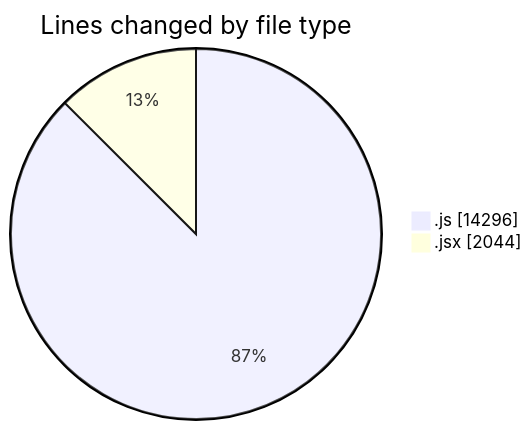
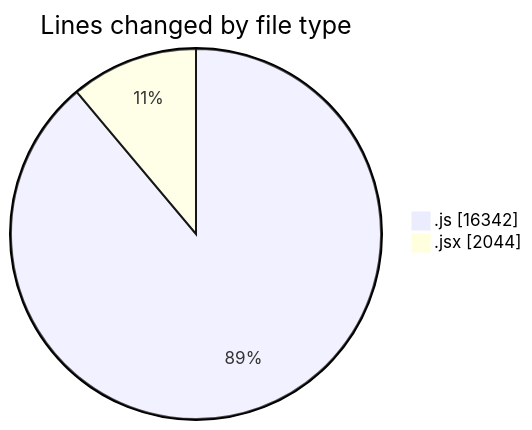
One commit to nxtqubesakshisongat/code-tracking changed the first of 2 diagrams in 2025-10-01/nxtqube_webapp/README.md. Above: the diagram before and after it, drawn with Mermaid. The commit also changed other lines of this file and 1 other file, not shown here.

````diff
--- a/2025-10-01/nxtqube_webapp/README.md
+++ b/2025-10-01/nxtqube_webapp/README.md
@@ -22,6 +22,6 @@
 ```mermaid
 pie showData
 title Lines changed by file type
-".js" : 14296
+".js" : 16342
 ".jsx" : 2044
 ```
````
